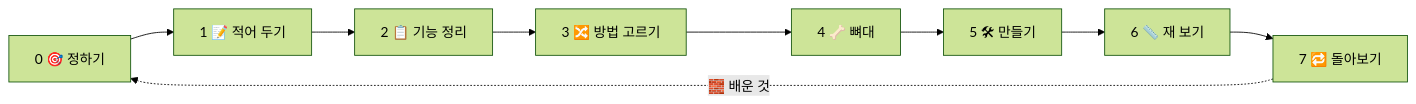
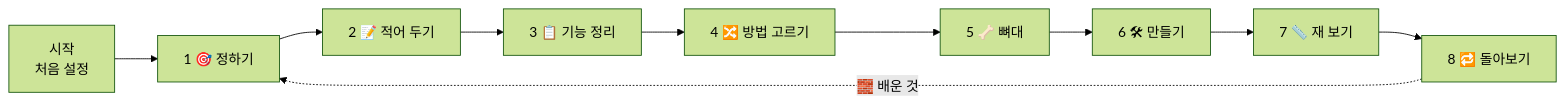
Before and after one commit to 2026-Codyssey-Final-Proj/Final-Proj: the first of 2 diagrams in README.md, drawn with Mermaid (forest theme). The commit also changed other lines of this file and 7 other files, not shown here.

````diff
--- a/README.md
+++ b/README.md
@@ -77,6 +46,6 @@
 ```mermaid
 flowchart LR
-    A["0 🎯 정하기"] --> B["1 📝 적어 두기"] --> C["2 📋 기능 정리"] --> D["3 🔀 방법 고르기"]
-    D --> E["4 🦴 뼈대"] --> F["5 🛠 만들기"] --> G["6 📏 재 보기"] --> H["7 🔁 돌아보기"]
+    S["시작<br/>처음 설정"] --> A["1 🎯 정하기"] --> B["2 📝 적어 두기"] --> C["3 📋 기능 정리"] --> D["4 🔀 방법 고르기"]
+    D --> E["5 🦴 뼈대"] --> F["6 🛠 만들기"] --> G["7 📏 재 보기"] --> H["8 🔁 돌아보기"]
     H -.->|"🧱 배운 것"| A
 ```
````
